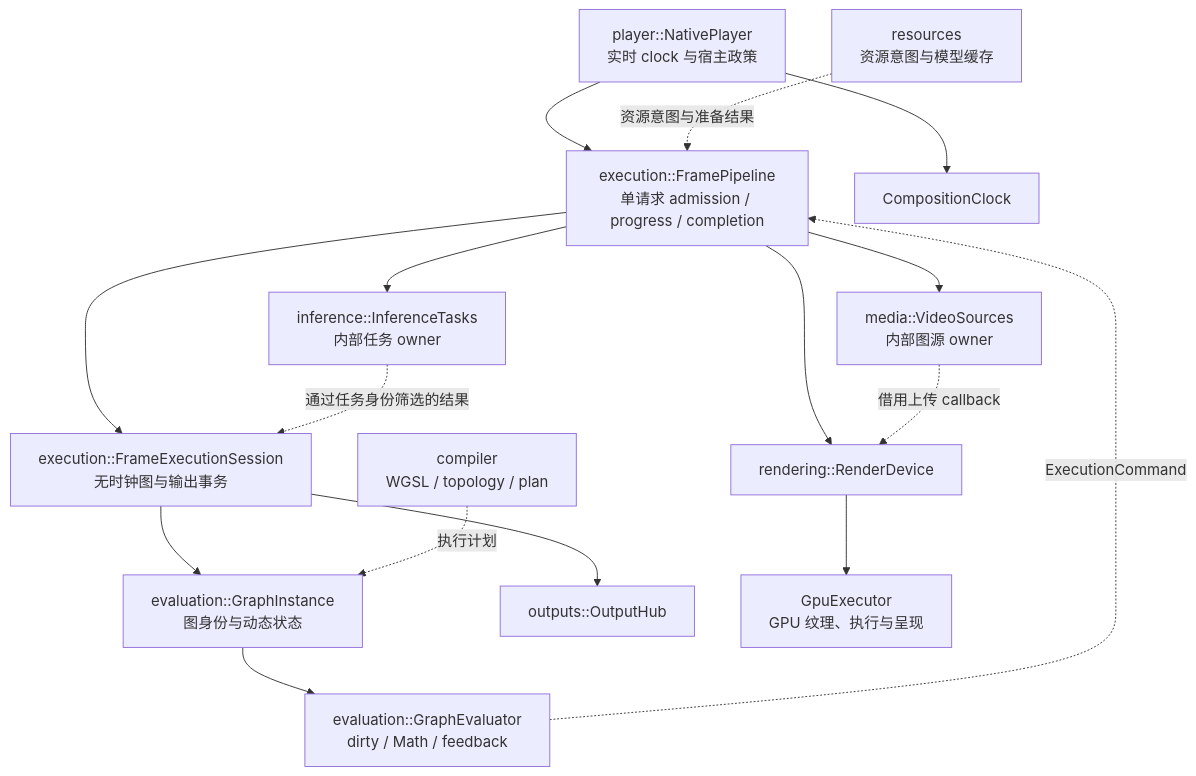
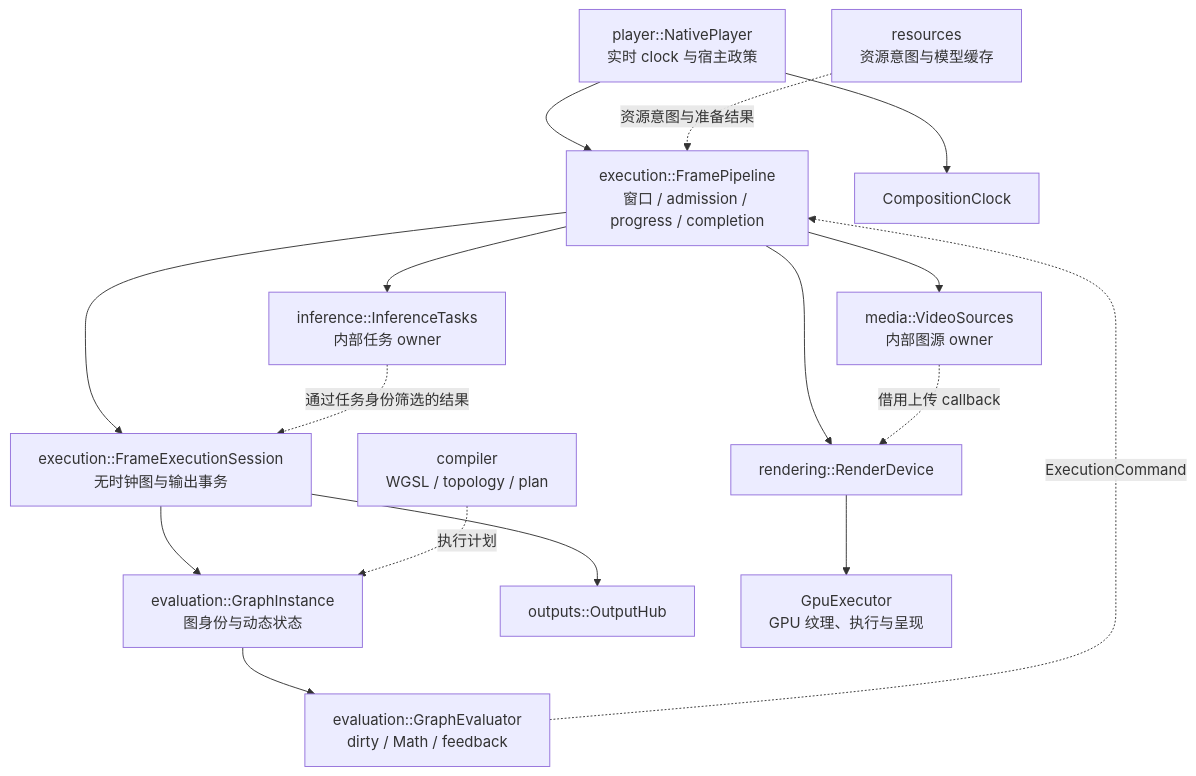
Before and after one commit to sanitor/open_quartz: the second of 6 diagrams in docs/DESIGN.md, drawn with Mermaid. The commit also changed other lines of this file and 44 other files, not shown here.

Commit message:
feat(execution): add bounded prefetch and cross-stage flow control

````diff
--- a/docs/DESIGN.md
+++ b/docs/DESIGN.md
@@ -64,32 +64,32 @@
 ```mermaid
 flowchart TB
     N["player::NativePlayer<br/>实时 clock 与宿主政策"]
-    P["execution::FramePipeline<br/>单请求 admission / progress / completion"]
+    P["execution::FramePipeline<br/>窗口 / admission / progress / completion"]
     S["execution::FrameExecutionSession<br/>无时钟图与输出事务"]
     G["evaluation::GraphInstance<br/>图身份与动态状态"]
     E["evaluation::GraphEvaluator<br/>dirty / Math / feedback"]
     C["CompositionClock"]
     O["outputs::OutputHub"]
     R["rendering::RenderDevice"]
     GPU["GpuExecutor<br/>GPU 纹理、执行与呈现"]
     V["media::VideoSources<br/>内部图源 owner"]
     I["inference::InferenceTasks<br/>内部任务 owner"]
     COMP["compiler<br/>WGSL / topology / plan"]
     RES["resources<br/>资源意图与模型缓存"]
 
     N --> P
     N --> C
     P --> S
     P --> R
     P --> V
     P --> I
     S --> G
     S --> O
     G --> E
     R --> GPU
     COMP -.->|执行计划| G
     RES -.->|资源意图与准备结果| P
     E -.->|ExecutionCommand| P
     V -.->|借用上传 callback| R
     I -.->|通过任务身份筛选的结果| S
 ```
````
